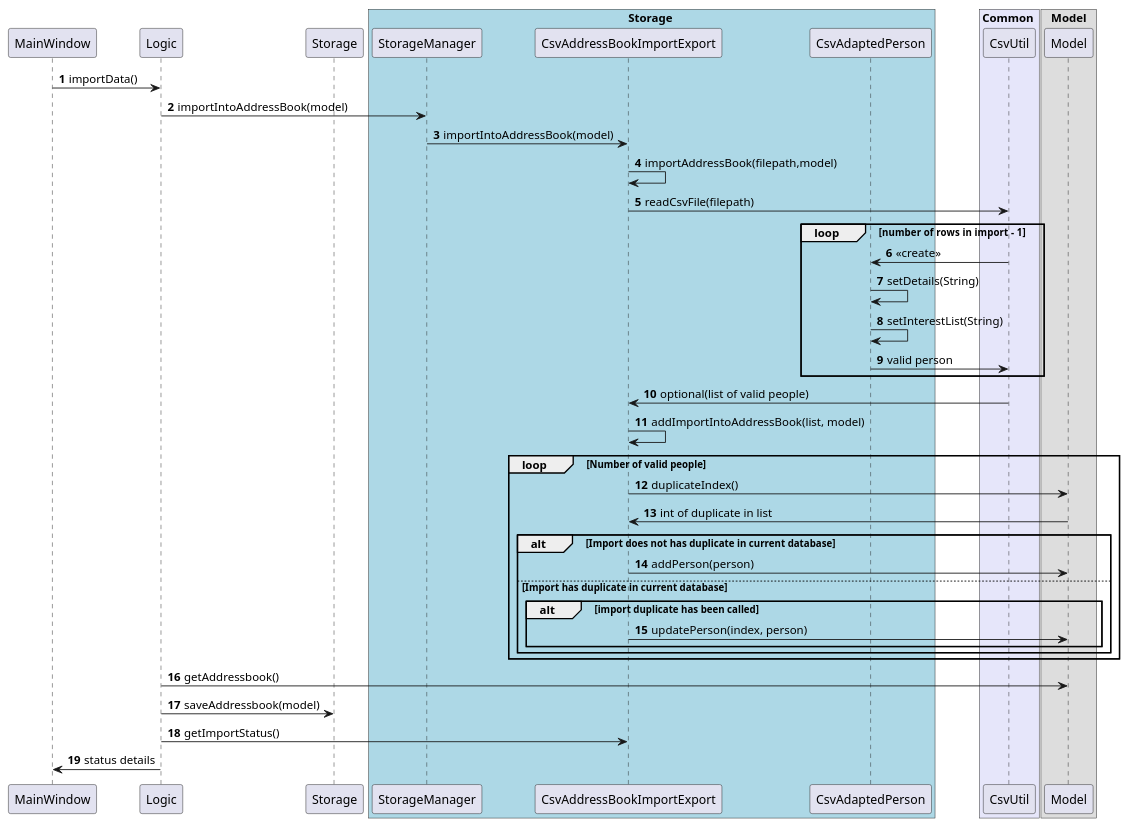
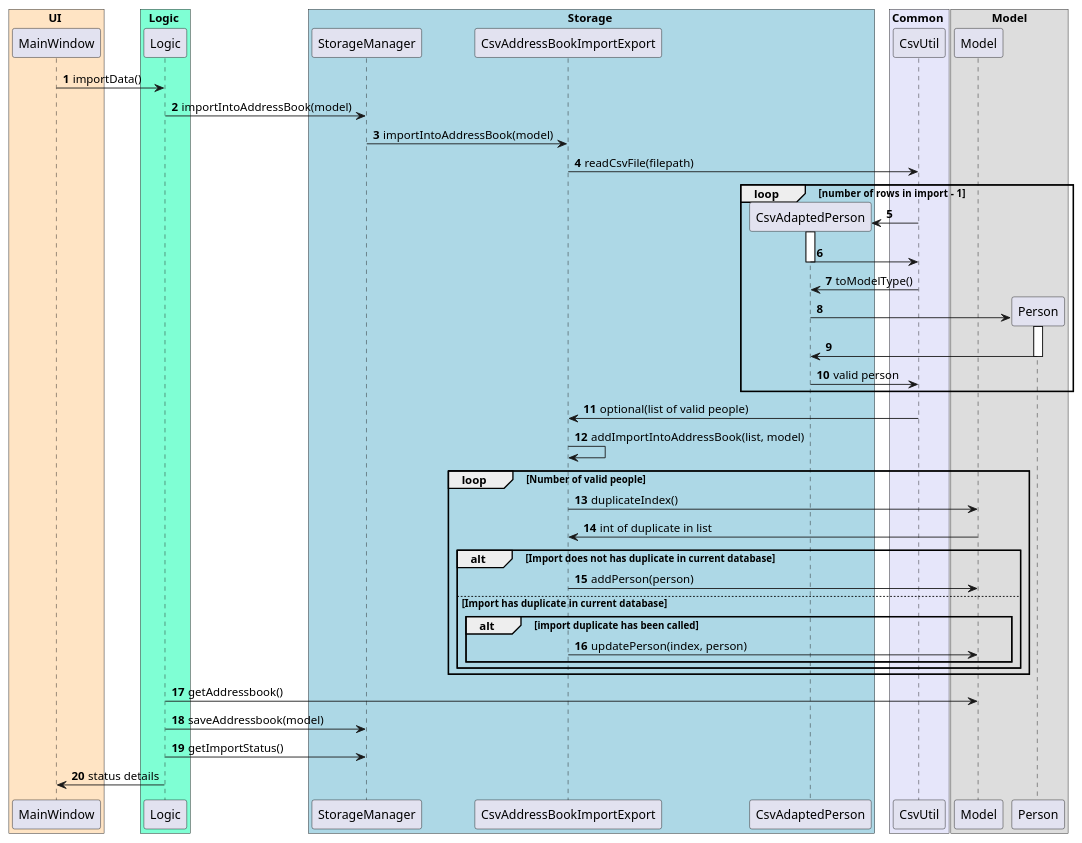
Before and after one commit to pranav-ganesh/tp: the diagram in docs/diagrams/ImportCsvSequenceDiagram.puml, drawn with PlantUML. The commit also changed 4 other files, not shown here.

```diff
--- a/docs/diagrams/ImportCsvSequenceDiagram.puml
+++ b/docs/diagrams/ImportCsvSequenceDiagram.puml
@@ -1,71 +1,88 @@
 @startuml
 'https://plantuml.com/sequence-diagram
 
 autonumber
 
 participant MainWindow
 participant Logic
 participant CsvAddressBookImportExport
 participant CsvUtil
 
 participant CsvAdaptedPerson
 participant Model
-participant Storage
-'
-'
+participant Person
+
+box UI #Bisque
+    participant MainWindow
+end box
+
+
+box Logic #AquaMarine
+    participant Logic
+end box
+
 box Storage #LightBlue
     participant StorageManager
     participant CsvAddressBookImportExport
     participant CsvAdaptedPerson
 end box
 box Common #Lavender
     participant CsvUtil
 end box
 
 
 box Model
     participant Model
+    participant Person
 end box
 
 
 
 
 MainWindow -> Logic: importData()
 Logic -> StorageManager: importIntoAddressBook(model)
 StorageManager -> CsvAddressBookImportExport: importIntoAddressBook(model)
-CsvAddressBookImportExport -> CsvAddressBookImportExport: importAddressBook(filepath,model)
+
 CsvAddressBookImportExport -> CsvUtil: readCsvFile(filepath)
 
 loop number of  rows in import - 1
+    create CsvAdaptedPerson
+    CsvUtil -> CsvAdaptedPerson
+    activate CsvAdaptedPerson
 
-    CsvUtil -> CsvAdaptedPerson: <<create>>
+    CsvAdaptedPerson -> CsvUtil
+    deactivate CsvAdaptedPerson
 
-    CsvAdaptedPerson -> CsvAdaptedPerson: setDetails(String)
+    CsvUtil -> CsvAdaptedPerson: toModelType()
 
-    CsvAdaptedPerson -> CsvAdaptedPerson: setInterestList(String)
+    create Person
+    CsvAdaptedPerson -> Person
+    activate Person
+    Person -> CsvAdaptedPerson
+    deactivate Person
     CsvUtil <- CsvAdaptedPerson: valid person
     end
 
 CsvAddressBookImportExport <- CsvUtil: optional(list of valid people)
 CsvAddressBookImportExport -> CsvAddressBookImportExport: addImportIntoAddressBook(list, model)
 
 loop Number of valid people
     CsvAddressBookImportExport  -> Model : duplicateIndex()
 
     CsvAddressBookImportExport <- Model : int of duplicate in list
     alt Import does not has duplicate in current database
         CsvAddressBookImportExport ->  Model: addPerson(person)
     else Import has duplicate in current database
         alt import duplicate has been called
                     CsvAddressBookImportExport ->  Model: updatePerson(index, person)
         end
     end
     end
 
 Logic -> Model: getAddressbook()
-Logic -> Storage: saveAddressbook(model)
-Logic -> CsvAddressBookImportExport: getImportStatus()
+Logic -> StorageManager: saveAddressbook(model)
+Logic -> StorageManager: getImportStatus()
 
 MainWindow <- Logic: status details
 
 @enduml
```
